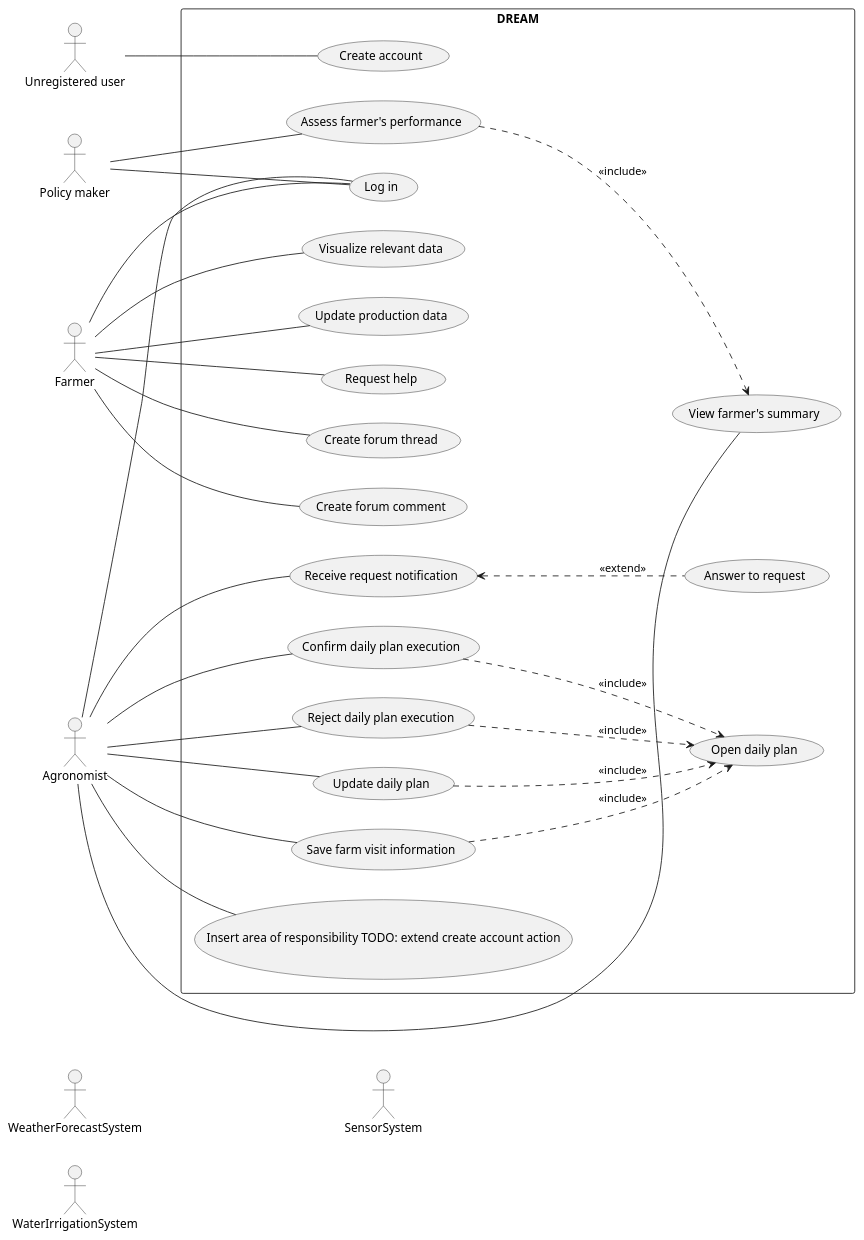
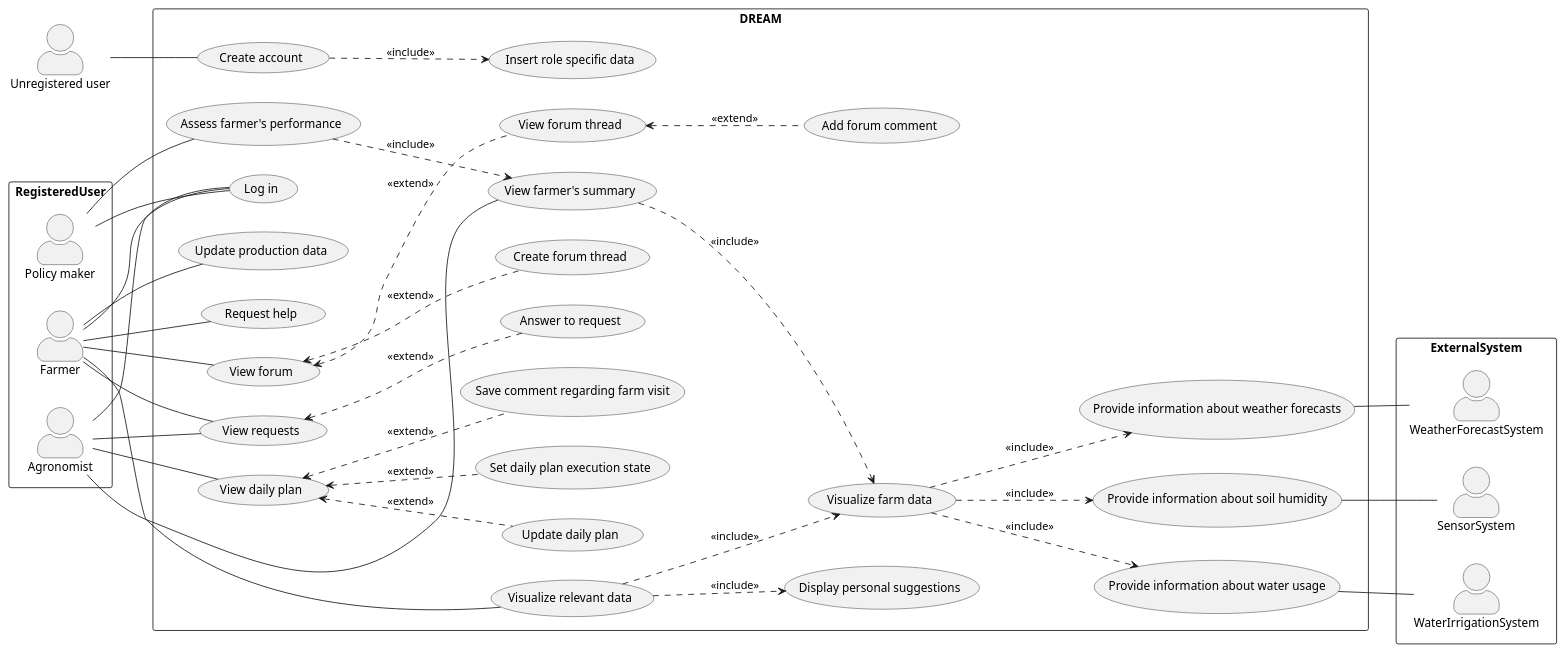
Before and after one commit to Astenna/DREAM: the diagram in RASD/uml/uc.puml, drawn with PlantUML.

Commit message:
Use case diagram updates

```diff
--- a/RASD/uml/uc.puml
+++ b/RASD/uml/uc.puml
@@ -1,117 +1,70 @@
 @startuml Use case
 left to right direction
 skinparam packageStyle rectangle
+skinparam actorStyle awesome
 
 'Primary - should be on the left side
 actor :Unregistered user: as UnregUser
-actor :Policy maker: as PolMaker
-actor :Farmer:
-actor :Agronomist:
+
+package RegisteredUser {
+    actor :Policy maker: as PolMaker
+    actor :Farmer:
+    actor :Agronomist:
+}
 
 'Secondary - should be on the right side
-actor :WeatherForecastSystem:
-actor :WaterIrrigationSystem:
-actor :SensorSystem:
+package ExternalSystem {
+    actor :WeatherForecastSystem:
+    actor :WaterIrrigationSystem:
+    actor :SensorSystem:
+}
 
 'visualisations - less details or additional phenomenas? as in lower diagram
 'there are MANY missing phenomenas, that can be deducted from UC
 'about SP: which is better?? - maybe a question to tamburri
 '   "The system visualizes data ... for argonomist"
 '   "The system visualizes data ..."
 '   "Agronomist visualizes data"
 rectangle DREAM {
     '''''''''''Common'''''''''''
     UnregUser -- (Create account)
     PolMaker -- (Log in)
     Agronomist -- (Log in)
+    (Create account) ..> (Insert role specific data) : <<include>>
 
     '''''''''''Farmer'''''''''''
     Farmer -- (Log in)
     Farmer -- (Visualize relevant data)
-    'should providers be included? maybe a question to tamburri
-    ' (Visualize relevant data) ..> (Provide information about weather forecasts) : <<include>>
-    ' (Visualize relevant data) ..> (Provide information about soil humidity) : <<include>>
-    ' (Visualize relevant data) ..> (Provide information about used water) : <<include>>
-    ' (Provide information about weather forecasts) -- WeatherForecastSystem 
-    ' (Provide information about soil humidity) -- SensorSystem
-    ' (Provide information about used water) -- WaterIrrigationSystem
+    'should providers be included? maybe a question to Tamburri
+    (Visualize relevant data) ..> (Visualize farm data) : <<include>>
+    (Visualize farm data) ..> (Provide information about weather forecasts) : <<include>>
+    (Visualize farm data) ..> (Provide information about soil humidity) : <<include>>
+    (Visualize farm data) ..> (Provide information about water usage) : <<include>>
+    (Visualize relevant data) ..> (Display personal suggestions) : <<include>>
+    (Provide information about weather forecasts) -- WeatherForecastSystem
+    (Provide information about soil humidity) -- SensorSystem
+    (Provide information about water usage) -- WaterIrrigationSystem
     Farmer -- (Update production data)
     Farmer -- (Request help)
-    Farmer -- (Create forum thread)
-    Farmer -- (Create forum comment)
-    
+    Farmer -- (View forum)
+    (View forum) <.. (Create forum thread) : <<extend>>
+    (View forum) <.. (View forum thread) : <<extend>>
+    (View forum thread) <.. (Add forum comment) : <<extend>>
+    Farmer -- (View requests)
+
     '''''''''''Agronomist'''''''''''
-    Agronomist -- (Insert area of responsibility TODO: extend create account action)
-    Agronomist -- (Receive request notification)
-    (Receive request notification) <.. (Answer to request) : <<extend>>
     Agronomist -- (View farmer's summary)
-    Agronomist -- (Update daily plan)
-    Agronomist -- (Confirm daily plan execution)
-    Agronomist -- (Reject daily plan execution)
-    Agronomist -- (Save farm visit information)
-    (Update daily plan) ..> (Open daily plan) : <<include>>
-    (Confirm daily plan execution) ..> (Open daily plan) : <<include>>
-    (Reject daily plan execution) ..> (Open daily plan) : <<include>>
-    (Save farm visit information) ..> (Open daily plan) : <<include>>
+    Agronomist -- (View requests)
+    (View requests) <.. (Answer to request) : <<extend>>
+    (View farmer's summary) ..> (Visualize farm data) : <<include>>
+    Agronomist -- (View daily plan)
+    (View daily plan) <.. (Update daily plan) : <<extend>>
+    (View daily plan) <.. (Set daily plan execution state) : <<extend>>
+    (View daily plan) <.. (Save comment regarding farm visit) : <<extend>>
 
     '''''''''''Policy maker'''''''''''
     PolMaker -- (Assess farmer's performance)
     (Assess farmer's performance) ..> (View farmer's summary) : <<include>>
-
 }
 
-
-
-
-
-
-
-
-
-
-
-
-
-
-
-
-
-
-
-
-
-
-
-
-' rectangle DREAM {
-'     '''''''''''Common'''''''''''
-'     UnregUser -- (Create account)
-'     PolMaker -- (Log in)
-'     Agronomist -- (Log in)
-
-'     '''''''''''Farmer'''''''''''
-'     Farmer -- (Log in)
-'     Farmer -- (Visualize relevant data)
-'     'should providers be included? maybe a question to tamburri
-'     ' (Visualize relevant data) ..> (Provide information about weather forecasts) : <<include>>
-'     ' (Visualize relevant data) ..> (Provide information about soil humidity) : <<include>>
-'     ' (Visualize relevant data) ..> (Provide information about used water) : <<include>>
-'     ' (Provide information about weather forecasts) -- WeatherForecastSystem 
-'     ' (Provide information about soil humidity) -- SensorSystem
-'     ' (Provide information about used water) -- WaterIrrigationSystem
-'     Farmer -- (Visualize production data)
-'     (Visualize production data) <.. (Insert production data) : <<extend>>
-'     Farmer -- (Request help)
-'     Farmer -- (View forum)
-'     (View forum) <.. (Create forum thread) : <<extend>>
-'     (View forum) <.. (View forum thread) : <<extend>>
-'     (View forum thread) <. (Create forum comment) : <<extend>>
-    
-'     'visualisations - less details or additional phenomenas?
-'     '''''''''''Agronomist'''''''''''
-'     Agronomist -- (Visualize area of responsibility)
-'     (Visualize area of responsibility) <.. (Insert area of responsibility) : <<extend>>
-
-
-' }
 @enduml
```
